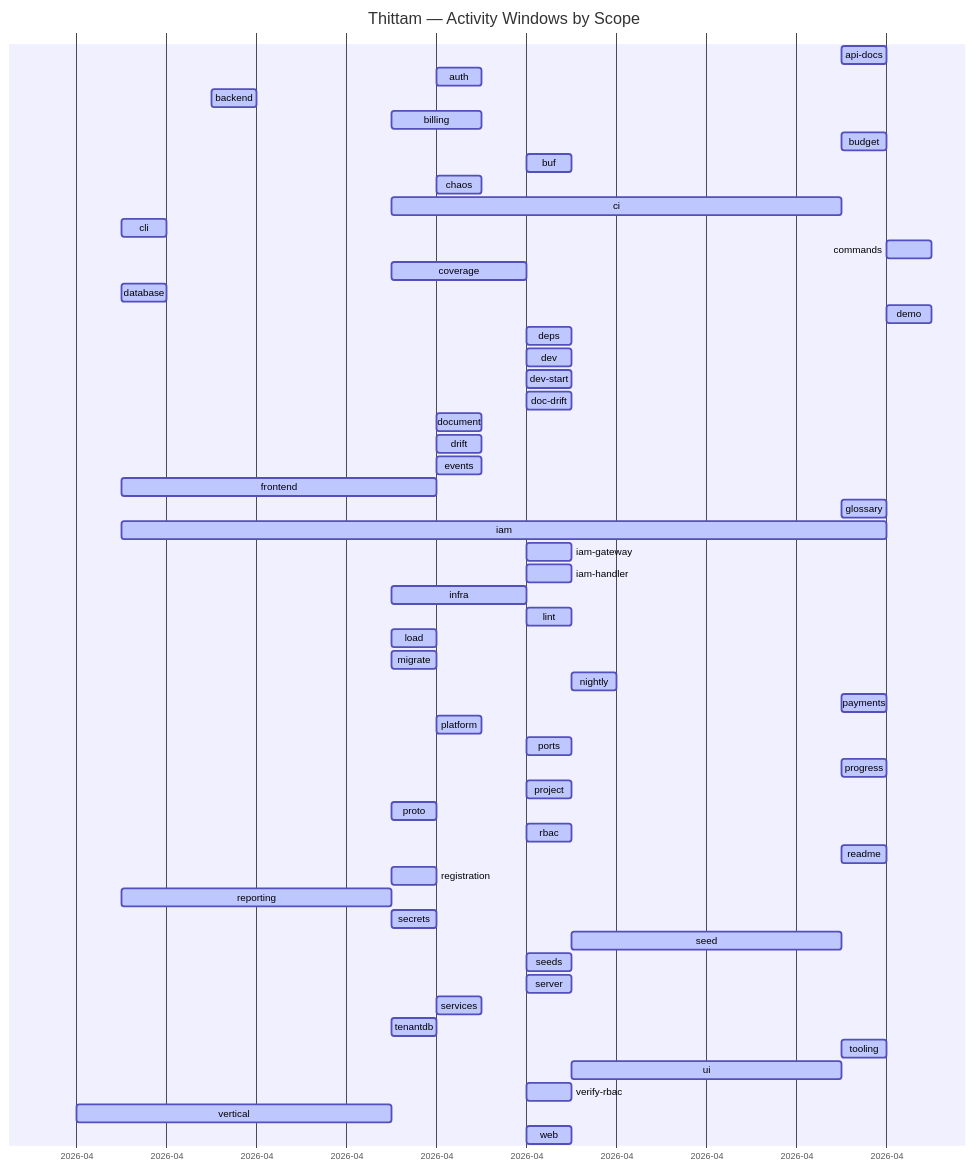
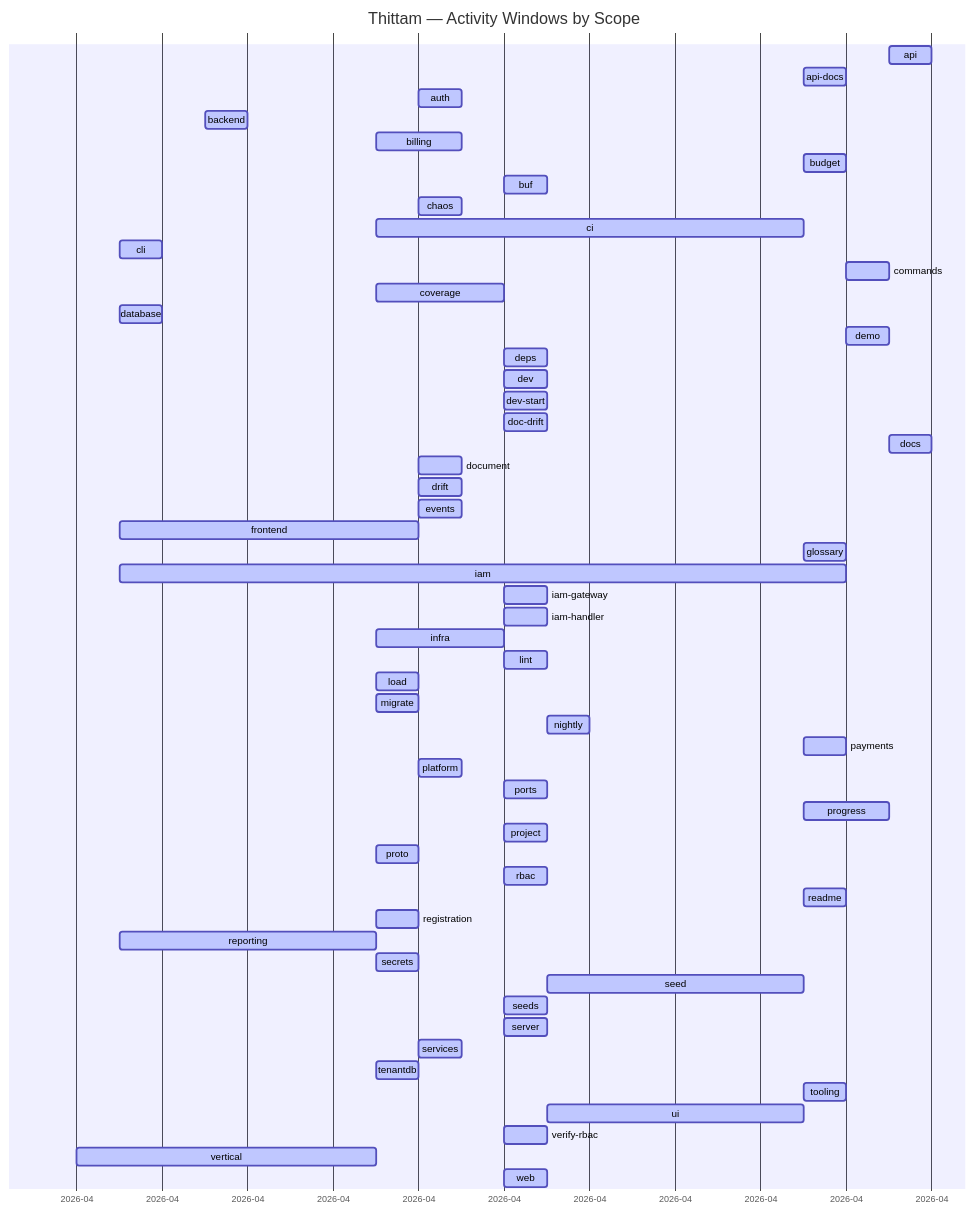
The diagram in docs/PROGRESS.md (wegofwd2020-hub/thittam), drawn with Mermaid before and after one commit. The commit also changed other lines of this file and 1 other file, not shown here.

Commit message:
chore(progress): nightly update of docs/PROGRESS.md + CSVs

````diff
--- a/docs/PROGRESS.md
+++ b/docs/PROGRESS.md
@@ -9,57 +9,59 @@
 ```mermaid
 gantt
     title Thittam — Activity Windows by Scope
     dateFormat YYYY-MM-DD
     axisFormat %Y-%m
+    api                :active, s_api, 2026-04-22, 2026-04-23
     api-docs           :active, s_api_docs, 2026-04-20, 2026-04-21
     auth               :active, s_auth, 2026-04-11, 2026-04-12
     backend            :active, s_backend, 2026-04-06, 2026-04-07
     billing            :active, s_billing, 2026-04-10, 2026-04-12
     budget             :active, s_budget, 2026-04-20, 2026-04-21
     buf                :active, s_buf, 2026-04-13, 2026-04-14
     chaos              :active, s_chaos, 2026-04-11, 2026-04-12
     ci                 :active, s_ci, 2026-04-10, 2026-04-20
     cli                :active, s_cli, 2026-04-04, 2026-04-05
     commands           :active, s_commands, 2026-04-21, 2026-04-22
     coverage           :active, s_coverage, 2026-04-10, 2026-04-13
     database           :active, s_database, 2026-04-04, 2026-04-05
     demo               :active, s_demo, 2026-04-21, 2026-04-22
     deps               :active, s_deps, 2026-04-13, 2026-04-14
     dev                :active, s_dev, 2026-04-13, 2026-04-14
     dev-start          :active, s_dev_start, 2026-04-13, 2026-04-14
     doc-drift          :active, s_doc_drift, 2026-04-13, 2026-04-14
+    docs               :active, s_docs, 2026-04-22, 2026-04-23
     document           :active, s_document, 2026-04-11, 2026-04-12
     drift              :active, s_drift, 2026-04-11, 2026-04-12
     events             :active, s_events, 2026-04-11, 2026-04-12
     frontend           :active, s_frontend, 2026-04-04, 2026-04-11
     glossary           :active, s_glossary, 2026-04-20, 2026-04-21
     iam                :active, s_iam, 2026-04-04, 2026-04-21
     iam-gateway        :active, s_iam_gateway, 2026-04-13, 2026-04-14
     iam-handler        :active, s_iam_handler, 2026-04-13, 2026-04-14
     infra              :active, s_infra, 2026-04-10, 2026-04-13
     lint               :active, s_lint, 2026-04-13, 2026-04-14
     load               :active, s_load, 2026-04-10, 2026-04-11
     migrate            :active, s_migrate, 2026-04-10, 2026-04-11
     nightly            :active, s_nightly, 2026-04-14, 2026-04-15
     payments           :active, s_payments, 2026-04-20, 2026-04-21
     platform           :active, s_platform, 2026-04-11, 2026-04-12
     ports              :active, s_ports, 2026-04-13, 2026-04-14
-    progress           :active, s_progress, 2026-04-20, 2026-04-21
+    progress           :active, s_progress, 2026-04-20, 2026-04-22
     project            :active, s_project, 2026-04-13, 2026-04-14
     proto              :active, s_proto, 2026-04-10, 2026-04-11
     rbac               :active, s_rbac, 2026-04-13, 2026-04-14
     readme             :active, s_readme, 2026-04-20, 2026-04-21
     registration       :active, s_registration, 2026-04-10, 2026-04-11
     reporting          :active, s_reporting, 2026-04-04, 2026-04-10
     secrets            :active, s_secrets, 2026-04-10, 2026-04-11
     seed               :active, s_seed, 2026-04-14, 2026-04-20
     seeds              :active, s_seeds, 2026-04-13, 2026-04-14
     server             :active, s_server, 2026-04-13, 2026-04-14
     services           :active, s_services, 2026-04-11, 2026-04-12
     tenantdb           :active, s_tenantdb, 2026-04-10, 2026-04-11
     tooling            :active, s_tooling, 2026-04-20, 2026-04-21
     ui                 :active, s_ui, 2026-04-14, 2026-04-20
     verify-rbac        :active, s_verify_rbac, 2026-04-13, 2026-04-14
     vertical           :active, s_vertical, 2026-04-03, 2026-04-10
     web                :active, s_web, 2026-04-13, 2026-04-14
 ```
````
